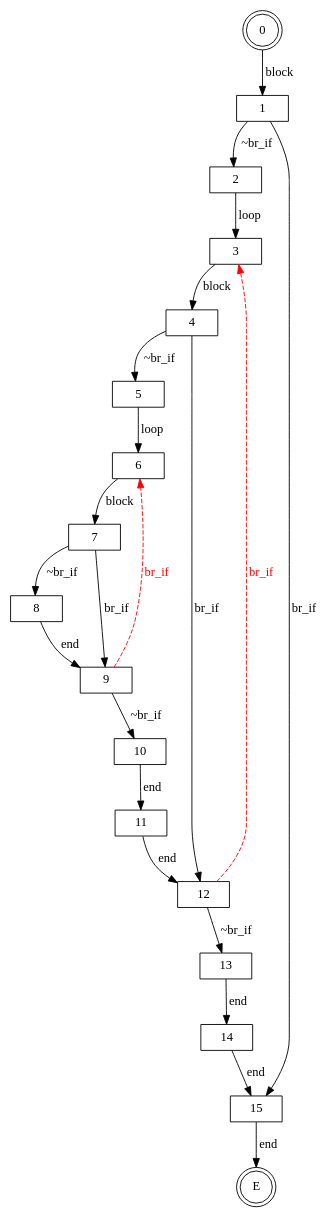
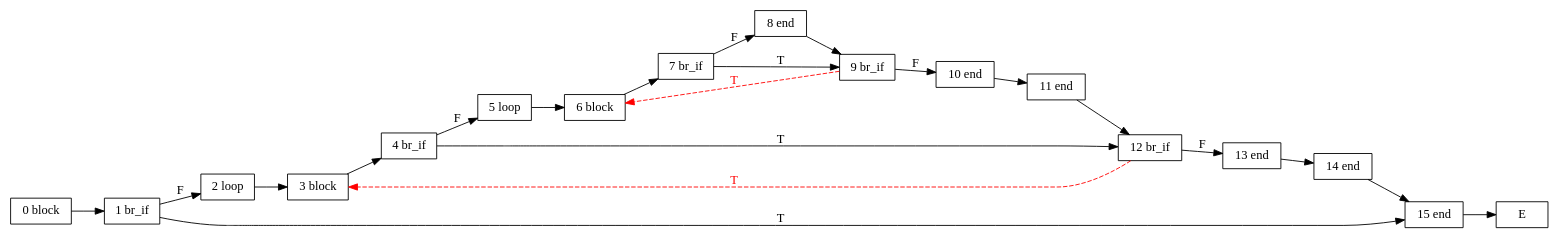
Before and after one commit to jsCarleton/wanalyze: the diagram in test_cases/bubble_sort/bubble_sort.dot, drawn with Graphviz. The commit also changed 13 other files, not shown here.

```diff
--- a/test_cases/bubble_sort/bubble_sort.dot
+++ b/test_cases/bubble_sort/bubble_sort.dot
@@ -1,30 +1,46 @@
 digraph finite_state_machine {
-    label = ""
+    rankdir="LR"
+     label = ""
     labelloc =  t
     labelfontsize = 16
     labelfontcolor = black
     labelfontname = "Helvetica"
-    node [shape = doublecircle]; 0 E ;
     node [shape = rectangle width = 0.8 height = 0.4];
-    0 -> 1[label="block"];
-    1 -> 2[label="~br_if"];
-    1 -> 15[label="br_if"];
-    2 -> 3[label="loop"];
-    3 -> 4[label="block"];
-    4 -> 5[label="~br_if"];
-    4 -> 12[label="br_if"];
-    5 -> 6[label="loop"];
-    6 -> 7[label="block"];
-    7 -> 8[label="~br_if"];
-    7 -> 9[label="br_if"];
-    8 -> 9[label="end"];
-    9 -> 10[label="~br_if"];
-    9 -> 6[style=dashed color="red" fontcolor="red" label="br_if"];
-    10 -> 11[label="end"];
-    11 -> 12[label="end"];
-    12 -> 13[label="~br_if"];
-    12 -> 3[style=dashed color="red" fontcolor="red" label="br_if"];
-    13 -> 14[label="end"];
-    14 -> 15[label="end"];
-    15 -> E[label="end"];
+    node [shape=box, fontcolor=black, style=""] 0[label="0 block"]
+    node [shape=box, fontcolor=black, style=""] 1[label="1 br_if"]
+    node [shape=box, fontcolor=black, style=""] 2[label="2 loop"]
+    node [shape=box, fontcolor=black, style=""] 3[label="3 block"]
+    node [shape=box, fontcolor=black, style=""] 4[label="4 br_if"]
+    node [shape=box, fontcolor=black, style=""] 5[label="5 loop"]
+    node [shape=box, fontcolor=black, style=""] 6[label="6 block"]
+    node [shape=box, fontcolor=black, style=""] 7[label="7 br_if"]
+    node [shape=box, fontcolor=black, style=""] 8[label="8 end"]
+    node [shape=box, fontcolor=black, style=""] 9[label="9 br_if"]
+    node [shape=box, fontcolor=black, style=""] 10[label="10 end"]
+    node [shape=box, fontcolor=black, style=""] 11[label="11 end"]
+    node [shape=box, fontcolor=black, style=""] 12[label="12 br_if"]
+    node [shape=box, fontcolor=black, style=""] 13[label="13 end"]
+    node [shape=box, fontcolor=black, style=""] 14[label="14 end"]
+    node [shape=box, fontcolor=black, style=""] 15[label="15 end"]
+    0 -> 1;
+    1 -> 2[label="F"];
+    1 -> 15[label="T"];
+    2 -> 3;
+    3 -> 4;
+    4 -> 5[label="F"];
+    4 -> 12[label="T"];
+    5 -> 6;
+    6 -> 7;
+    7 -> 8[label="F"];
+    7 -> 9[label="T"];
+    8 -> 9;
+    9 -> 10[label="F"];
+    9 -> 6[style=dashed color="red" fontcolor="red" label="T"];
+    10 -> 11;
+    11 -> 12;
+    12 -> 13[label="F"];
+    12 -> 3[style=dashed color="red" fontcolor="red" label="T"];
+    13 -> 14;
+    14 -> 15;
+    15 -> E;
 }
```
